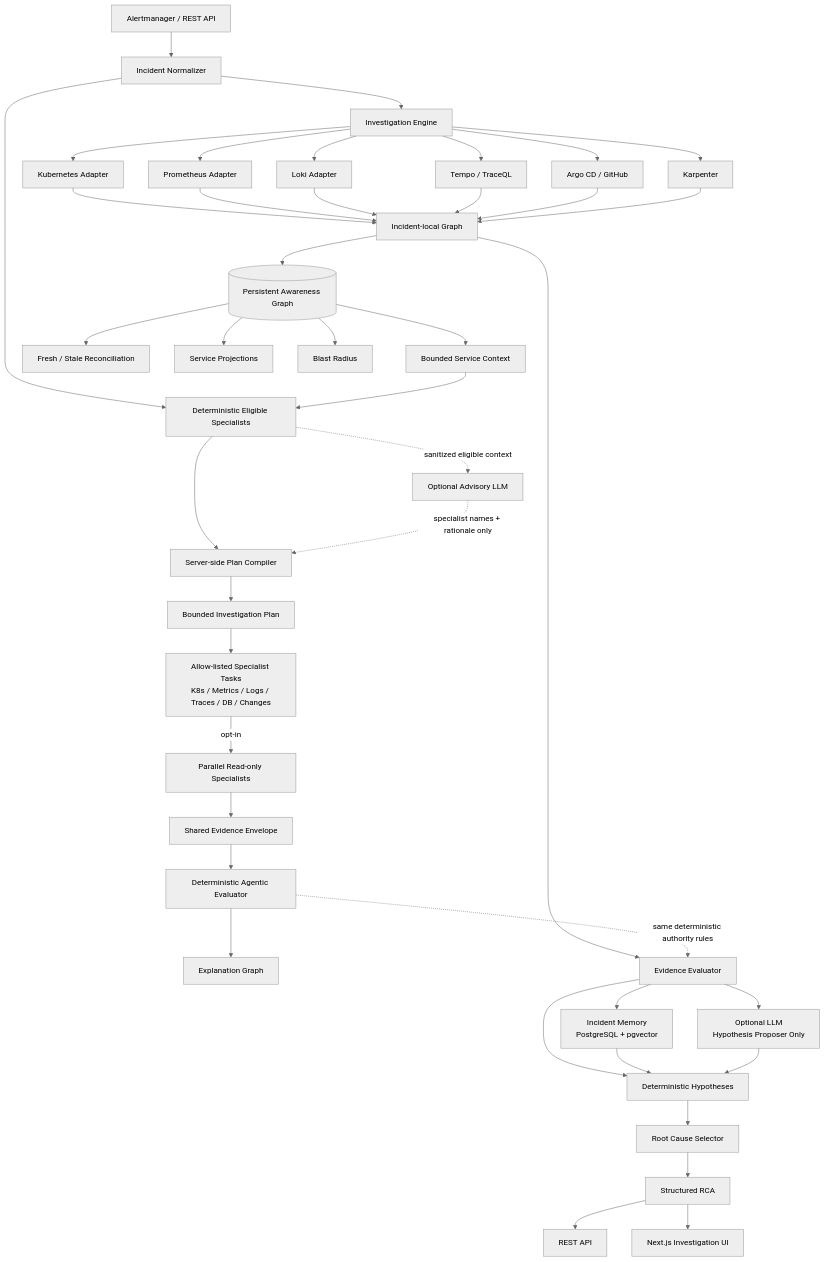
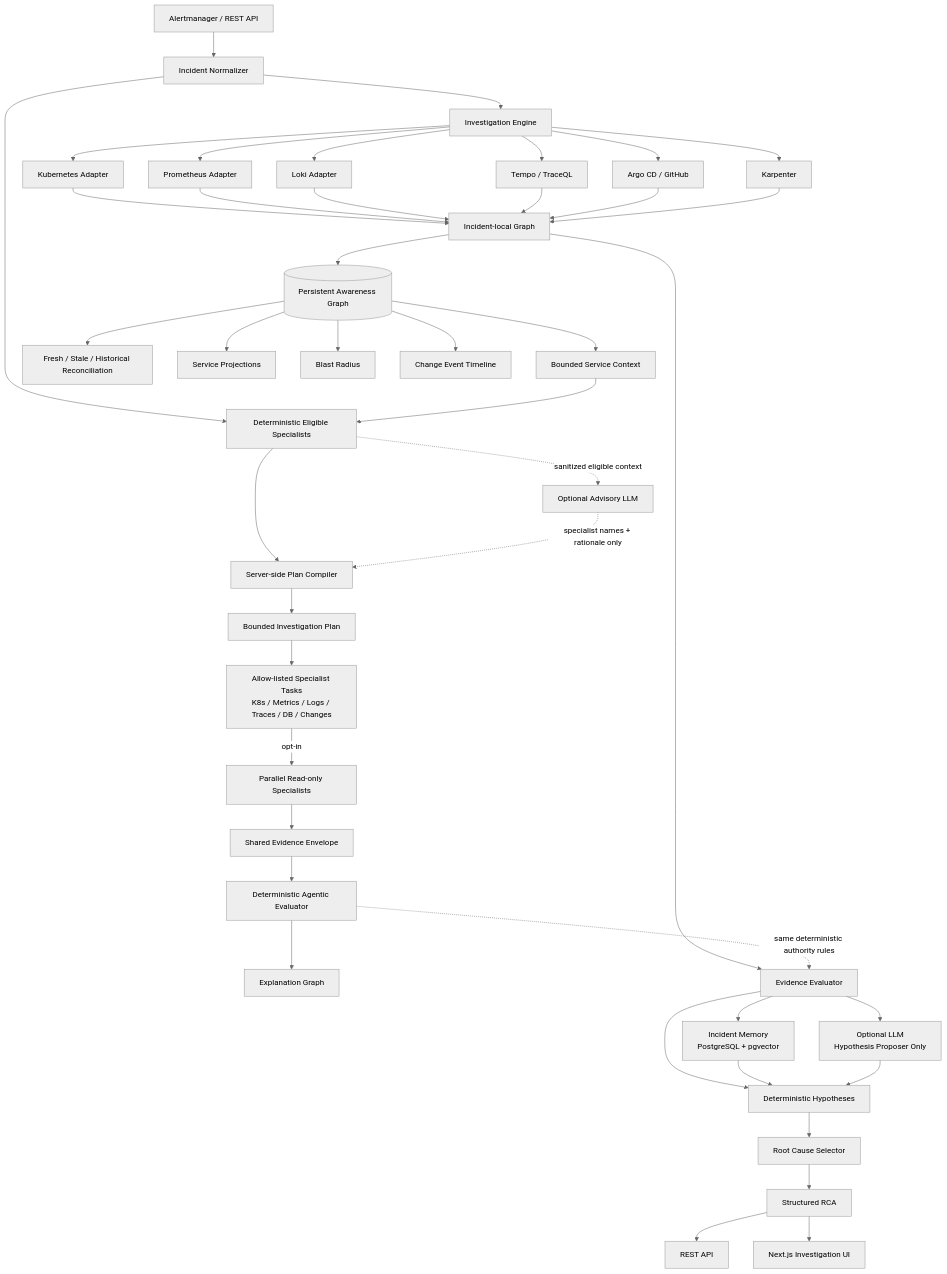
Before and after one commit to marcocristofolini/ai-sre-rca: the first of 22 diagrams in docs/architecture.md, drawn with Mermaid (neutral theme). The commit also changed other lines of this file, not shown here.

Commit message:
docs: add change event architecture

````diff
--- a/docs/architecture.md
+++ b/docs/architecture.md
@@ -7,49 +7,50 @@
 ```mermaid
 flowchart TD
     A[Alertmanager / REST API] --> N[Incident Normalizer]
     N --> EL[Deterministic Eligible Specialists]
     N --> I[Investigation Engine]
 
     PAG[(Persistent Awareness Graph)] --> CTX[Bounded Service Context]
     CTX --> EL
     EL --> COMP[Server-side Plan Compiler]
     EL -. sanitized eligible context .-> MPL[Optional Advisory LLM]
     MPL -. specialist names + rationale only .-> COMP
     COMP --> PLAN[Bounded Investigation Plan]
     PLAN --> PT[Allow-listed Specialist Tasks<br/>K8s / Metrics / Logs / Traces / DB / Changes]
     PT -->|opt-in| ORCH[Parallel Read-only Specialists]
     ORCH --> SE[Shared Evidence Envelope]
     SE --> AE[Deterministic Agentic Evaluator]
     AE --> XG[Explanation Graph]
 
     I --> K[Kubernetes Adapter]
     I --> P[Prometheus Adapter]
     I --> L[Loki Adapter]
     I --> T[Tempo / TraceQL]
     I --> AR[Argo CD / GitHub]
     I --> KA[Karpenter]
 
     K --> LG[Incident-local Graph]
     P --> LG
     L --> LG
     T --> LG
     AR --> LG
     KA --> LG
 
     LG --> EV[Evidence Evaluator]
     AE -. same deterministic authority rules .-> EV
     LG --> PAG
-    PAG --> REC[Fresh / Stale Reconciliation]
+    PAG --> REC[Fresh / Stale / Historical Reconciliation]
     PAG --> SV[Service Projections]
     PAG --> BR[Blast Radius]
+    PAG --> CE[Change Event Timeline]
 
     EV --> H[Deterministic Hypotheses]
     EV --> MEM[Incident Memory<br/>PostgreSQL + pgvector]
     EV --> LLM[Optional LLM<br/>Hypothesis Proposer Only]
     MEM --> H
     LLM --> H
     H --> RC[Root Cause Selector]
     RC --> RCA[Structured RCA]
     RCA --> API[REST API]
     RCA --> UI[Next.js Investigation UI]
 ```
````
